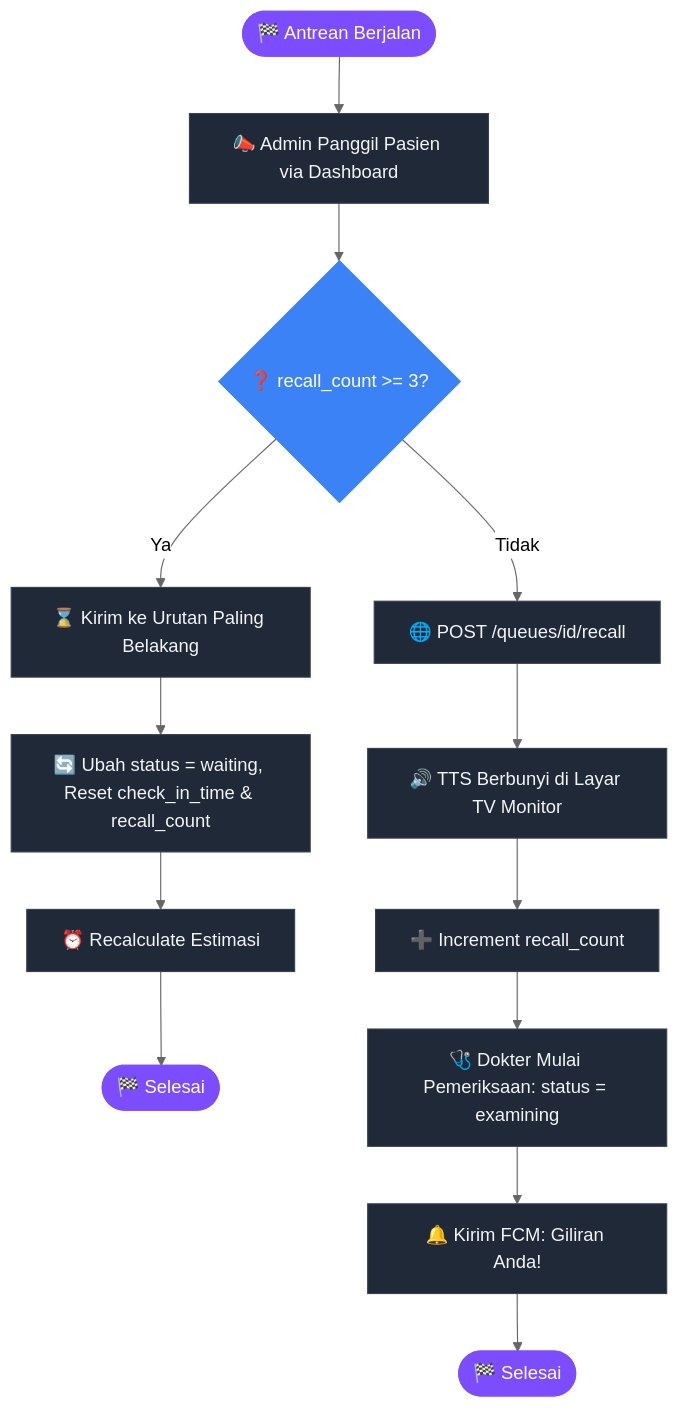
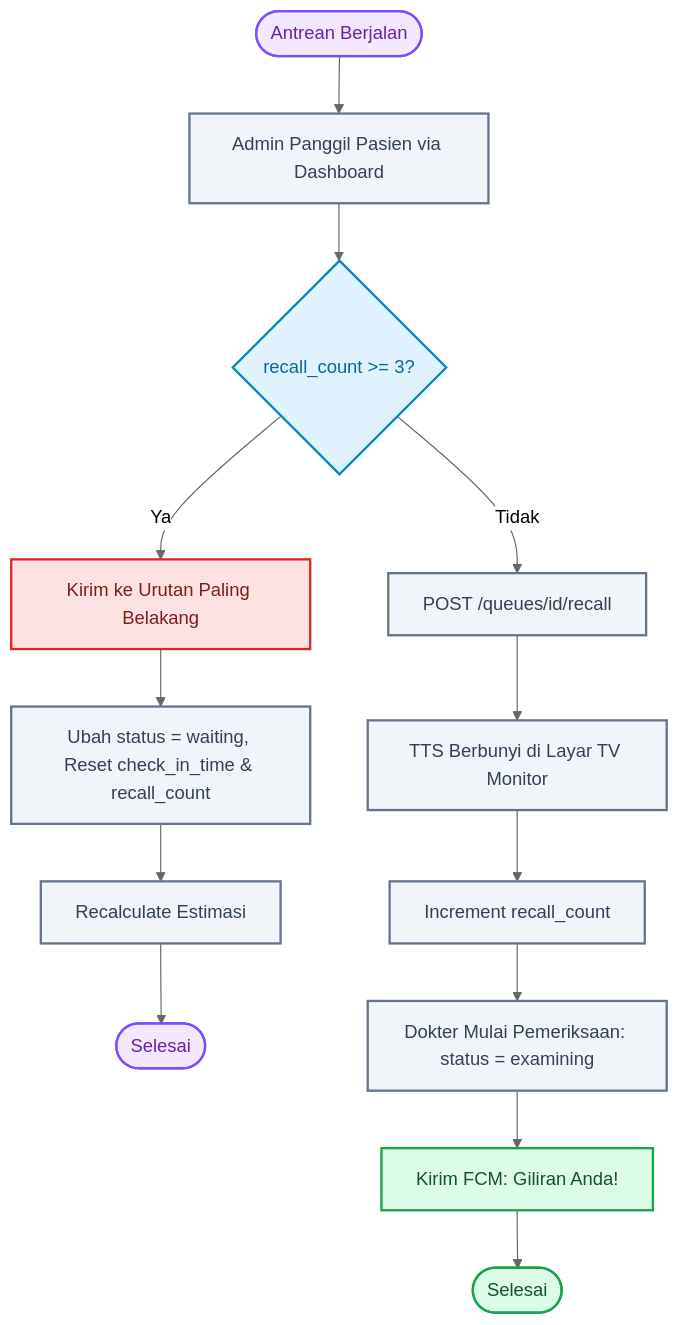
Before and after one commit to Rezi14/NalaSeva-Mobile-Test: the sixth of 10 diagrams in dokumentasi/ALUR_BISNIS.md, drawn with Mermaid (neutral theme). The commit also changed other lines of this file and 1 other file, not shown here.

````diff
--- a/dokumentasi/ALUR_BISNIS.md
+++ b/dokumentasi/ALUR_BISNIS.md
@@ -195,19 +205,21 @@
 ```mermaid
 flowchart TD
-    classDef default fill:#1f2937,stroke:#374151,stroke-width:1px,color:#f3f4f6;
-    classDef startEnd fill:#7c4dff,stroke:#7c4dff,color:#fff;
-    classDef decision fill:#3b82f6,stroke:#3b82f6,color:#fff;
+    classDef startEnd fill:#f3e8ff,stroke:#7c4dff,stroke-width:2px,color:#6b21a8;
+    classDef decision fill:#e0f2fe,stroke:#0284c7,stroke-width:2px,color:#0369a1;
+    classDef process fill:#f1f5f9,stroke:#64748b,stroke-width:2px,color:#334155;
+    classDef success fill:#dcfce7,stroke:#16a34a,stroke-width:2px,color:#14532d;
+    classDef fail fill:#fee2e2,stroke:#dc2626,stroke-width:2px,color:#7f1d1d;
 
-    Start([🏁 Antrean Berjalan]):::startEnd --> Call[📣 Admin Panggil Pasien via Dashboard]
-    Call --> CountCheck{"❓ recall_count >= 3?"}:::decision
+    Start([Antrean Berjalan]):::startEnd --> Call[Admin Panggil Pasien via Dashboard]:::process
+    Call --> CountCheck{"recall_count >= 3?"}:::decision
     
-    CountCheck -- Ya --> Skip[⌛ Kirim ke Urutan Paling Belakang]
-    Skip --> Reset[🔄 Ubah status = waiting, Reset check_in_time & recall_count] --> Recalc[⏰ Recalculate Estimasi] --> Finish1([🏁 Selesai]):::startEnd
+    CountCheck -- Ya --> Skip[Kirim ke Urutan Paling Belakang]:::fail
+    Skip --> Reset[Ubah status = waiting, Reset check_in_time & recall_count]:::process --> Recalc[Recalculate Estimasi]:::process --> Finish1([Selesai]):::startEnd
     
-    CountCheck -- Tidak --> API[🌐 POST /queues/id/recall]
-    API --> TTS[🔊 TTS Berbunyi di Layar TV Monitor]
-    TTS --> Inc[➕ Increment recall_count]
-    Inc --> Examining[🩺 Dokter Mulai Pemeriksaan: status = examining]
-    Examining --> FCM[🔔 Kirim FCM: Giliran Anda!]
-    FCM --> Finish2([🏁 Selesai]):::startEnd
+    CountCheck -- Tidak --> API[POST /queues/id/recall]:::process
+    API --> TTS[TTS Berbunyi di Layar TV Monitor]:::process
+    TTS --> Inc[Increment recall_count]:::process
+    Inc --> Examining[Dokter Mulai Pemeriksaan: status = examining]:::process
+    Examining --> FCM[Kirim FCM: Giliran Anda!]:::success
+    FCM --> Finish2([Selesai]):::success
 ```
````
